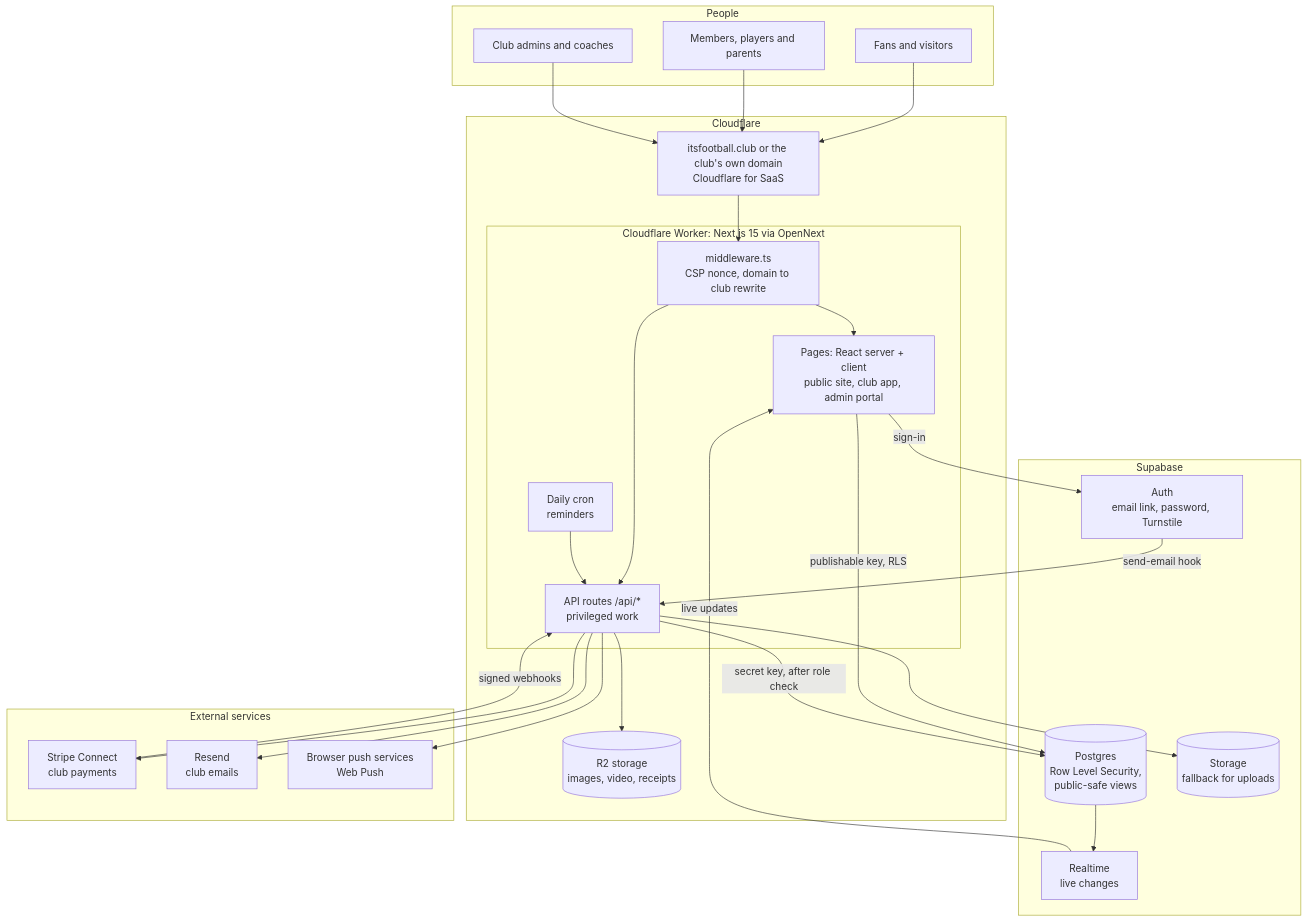
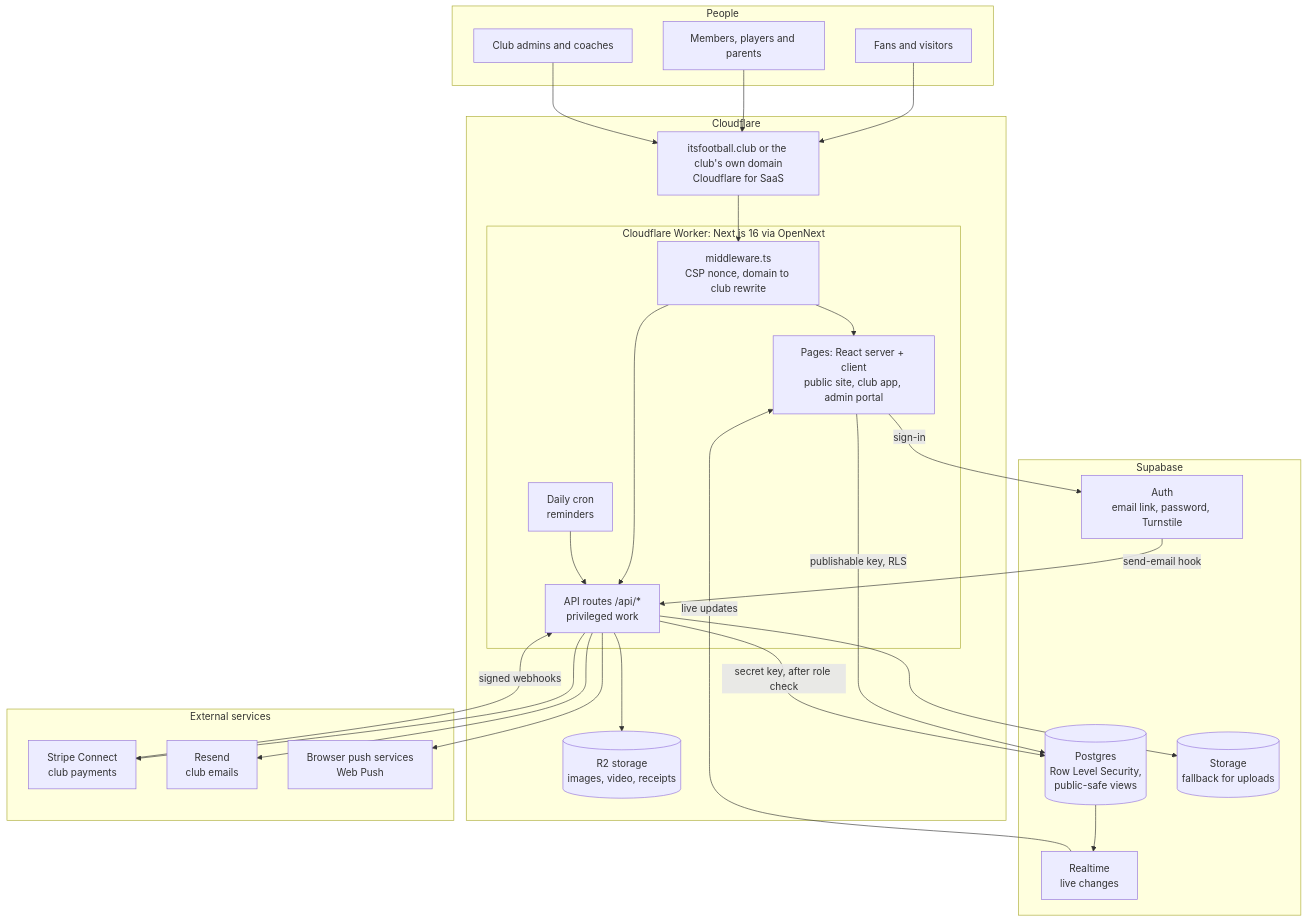
The first of 2 diagrams in README.md (MaheshShrestha7/Itsfootball.club), drawn with Mermaid before and after one commit. The commit also changed other lines of this file and 5 other files, not shown here.

First line of the commit message:
Upgrade to Next.js 16 and drop the Cloudflare unsupported-version flag

````diff
--- a/README.md
+++ b/README.md
@@ -244,52 +244,52 @@
 ```mermaid
 flowchart TB
     subgraph Users["People"]
         V["Fans and visitors"]
         MB["Members, players and parents"]
         AD["Club admins and coaches"]
     end
 
     subgraph Edge["Cloudflare"]
         DNS["itsfootball.club or the club's own domain<br/>Cloudflare for SaaS"]
-        subgraph Worker["Cloudflare Worker: Next.js 15 via OpenNext"]
+        subgraph Worker["Cloudflare Worker: Next.js 16 via OpenNext"]
             MW["middleware.ts<br/>CSP nonce, domain to club rewrite"]
             PAGES["Pages: React server + client<br/>public site, club app, admin portal"]
             API["API routes /api/*<br/>privileged work"]
             CRON["Daily cron<br/>reminders"]
         end
         R2[("R2 storage<br/>images, video, receipts")]
     end
 
     subgraph Supabase["Supabase"]
         AUTH["Auth<br/>email link, password, Turnstile"]
         DB[("Postgres<br/>Row Level Security,<br/>public-safe views")]
         RT["Realtime<br/>live changes"]
         STO[("Storage<br/>fallback for uploads")]
     end
 
     subgraph External["External services"]
         STRIPE["Stripe Connect<br/>club payments"]
         RESEND["Resend<br/>club emails"]
         PUSH["Browser push services<br/>Web Push"]
     end
 
     V --> DNS
     MB --> DNS
     AD --> DNS
     DNS --> MW
     MW --> PAGES
     MW --> API
     PAGES -- "publishable key, RLS" --> DB
     PAGES -- "sign-in" --> AUTH
     RT -- "live updates" --> PAGES
     DB --> RT
     API -- "secret key, after role check" --> DB
     API --> R2
     API --> STO
     API --> STRIPE
     STRIPE -- "signed webhooks" --> API
     API --> RESEND
     AUTH -- "send-email hook" --> API
     API --> PUSH
     CRON --> API
 ```
````
